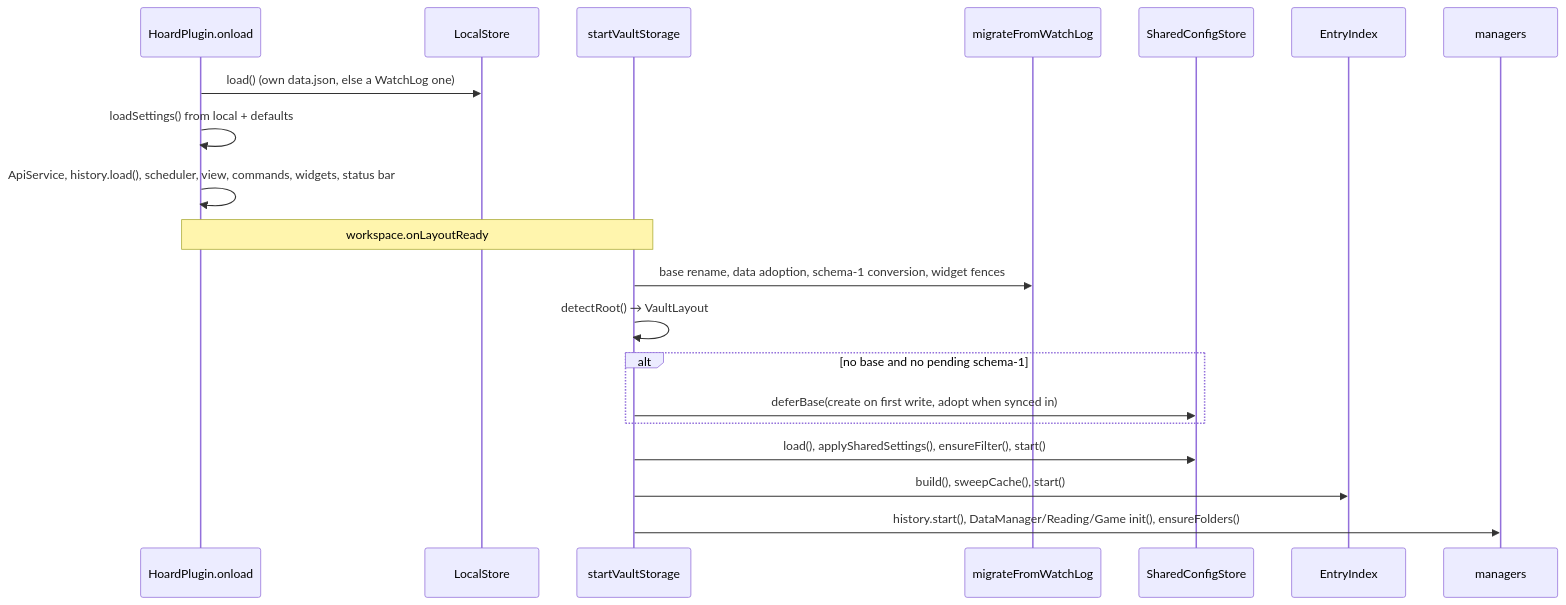
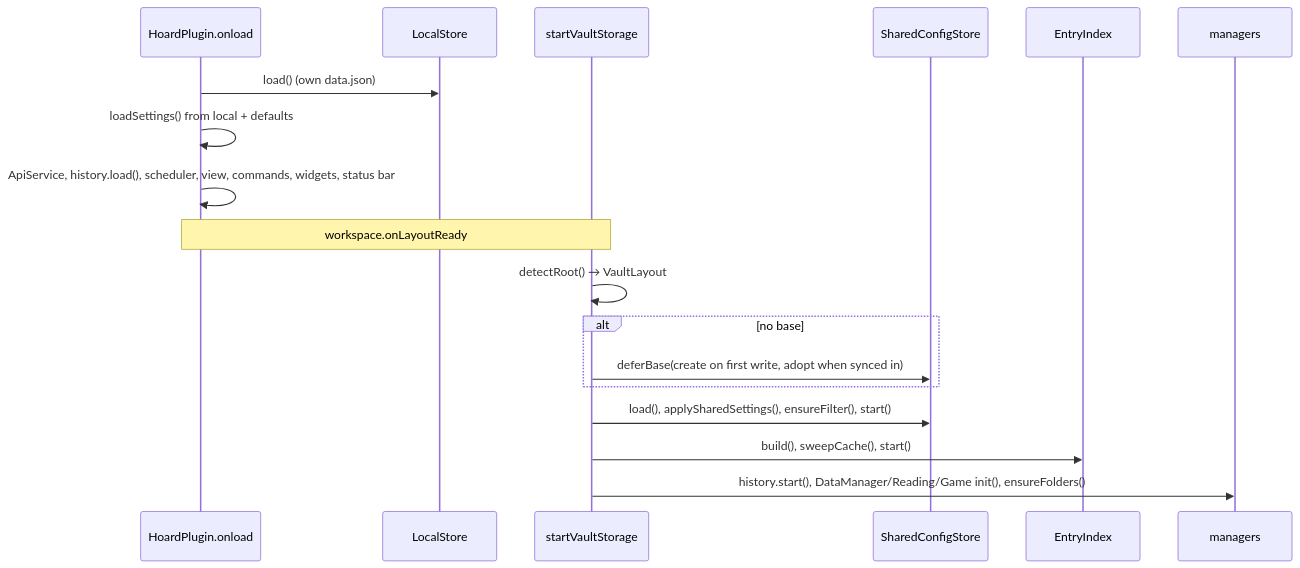
One commit to Macavity/obsidian-hoard changed the diagram in docs/flows/startup.md. Above: the diagram before and after it, drawn with Mermaid. The commit also changed other lines of this file and 11 other files, not shown here.

Commit message:
docs: refresh wiki for dropped WatchLog migration

````diff
--- a/docs/flows/startup.md
+++ b/docs/flows/startup.md
@@ -21,22 +21,20 @@
 ```mermaid
 sequenceDiagram
   participant P as HoardPlugin.onload
   participant L as LocalStore
   participant S as startVaultStorage
-  participant M as migrateFromWatchLog
   participant Sh as SharedConfigStore
   participant I as EntryIndex
   participant Mg as managers
-  P->>L: load() (own data.json, else a WatchLog one)
+  P->>L: load() (own data.json)
   P->>P: loadSettings() from local + defaults
   P->>P: ApiService, history.load(), scheduler, view, commands, widgets, status bar
   Note over P,S: workspace.onLayoutReady
-  S->>M: base rename, data adoption, schema-1 conversion, widget fences
   S->>S: detectRoot() → VaultLayout
-  alt no base and no pending schema-1
+  alt no base
     S->>Sh: deferBase(create on first write, adopt when synced in)
   end
   S->>Sh: load(), applySharedSettings(), ensureFilter(), start()
   S->>I: build(), sweepCache(), start()
   S->>Mg: history.start(), DataManager/Reading/Game init(), ensureFolders()
 ```
````
